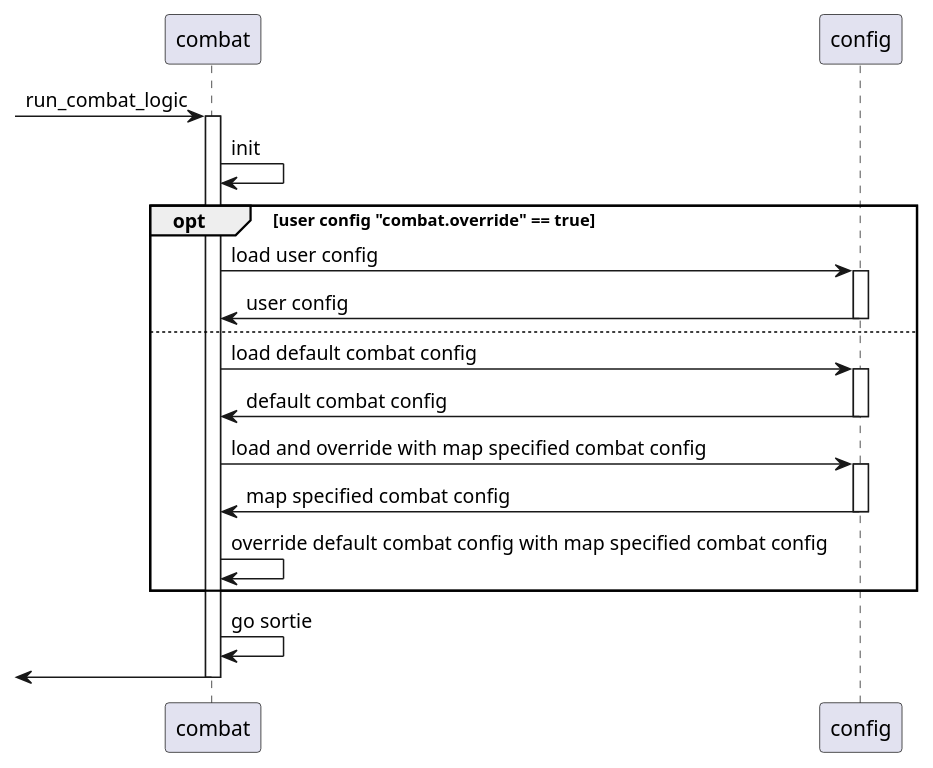
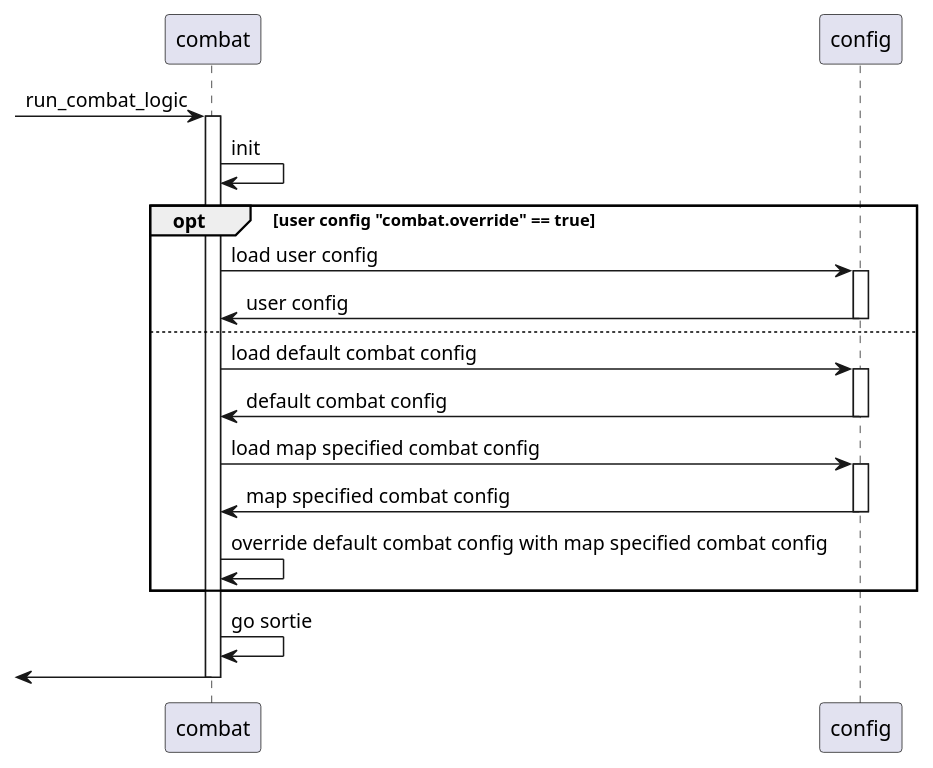
Before and after one commit to XVs32/kcauto_custom: the diagram in reference/sortie_config_update.puml, drawn with PlantUML.

```diff
--- a/reference/sortie_config_update.puml
+++ b/reference/sortie_config_update.puml
@@ -1,32 +1,32 @@
 @startuml
 
 
  -> combat: run_combat_logic
 activate combat
 combat -> combat: init 
 
 opt user config "combat.override" == true
 combat -> config: load user config 
 activate config
 config -> combat: user config 
 deactivate config
 
 else 
 combat -> config: load default combat config 
 activate config
 config -> combat: default combat config 
 deactivate config
-combat -> config: load and override with map specified combat config 
+combat -> config: load map specified combat config 
 activate config
 config -> combat: map specified combat config 
 deactivate config
 
 combat -> combat: override default combat config with map specified combat config
 
 end
 
 combat -> combat:  go sortie
 
  <- combat:  
 deactivate combat
 @enduml
```
